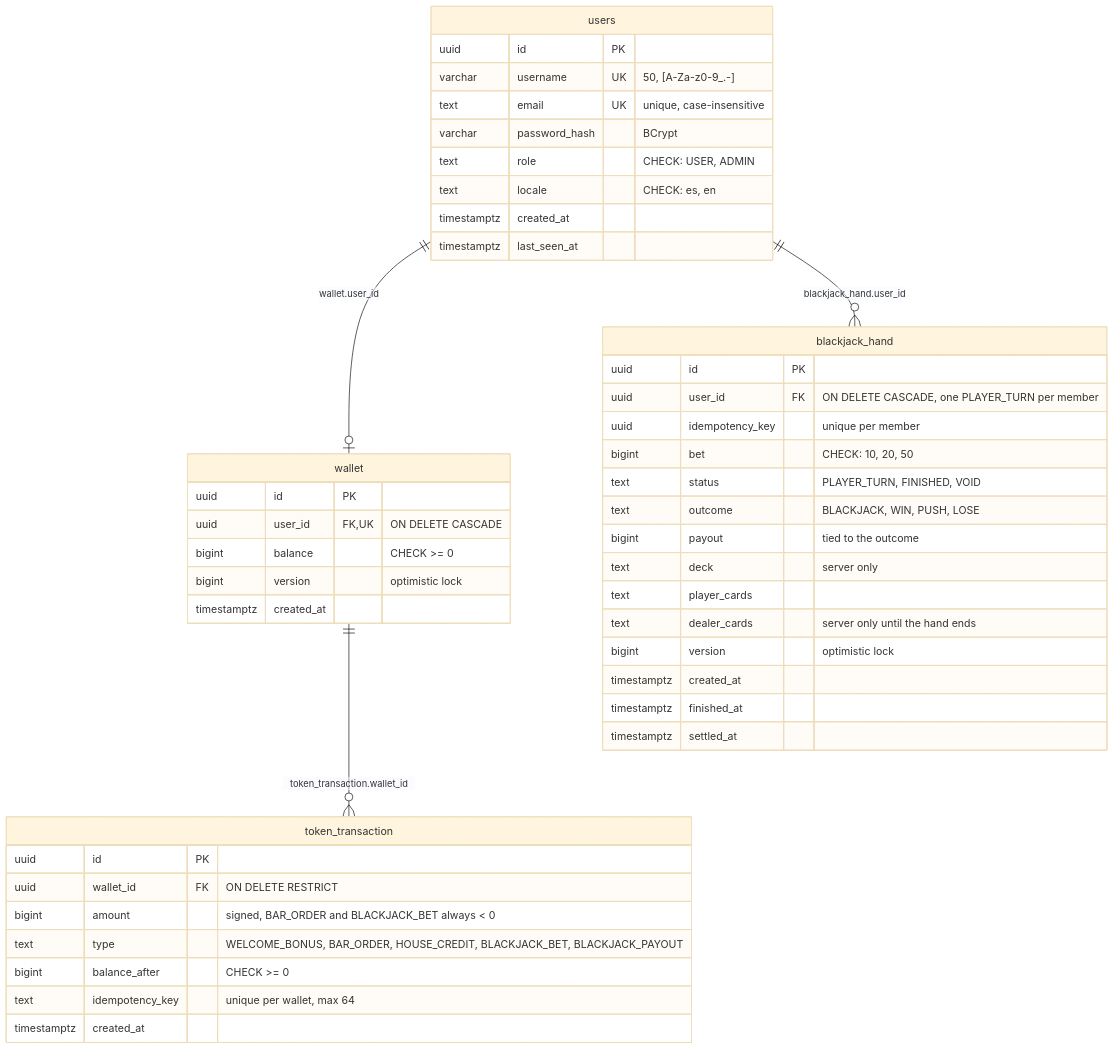
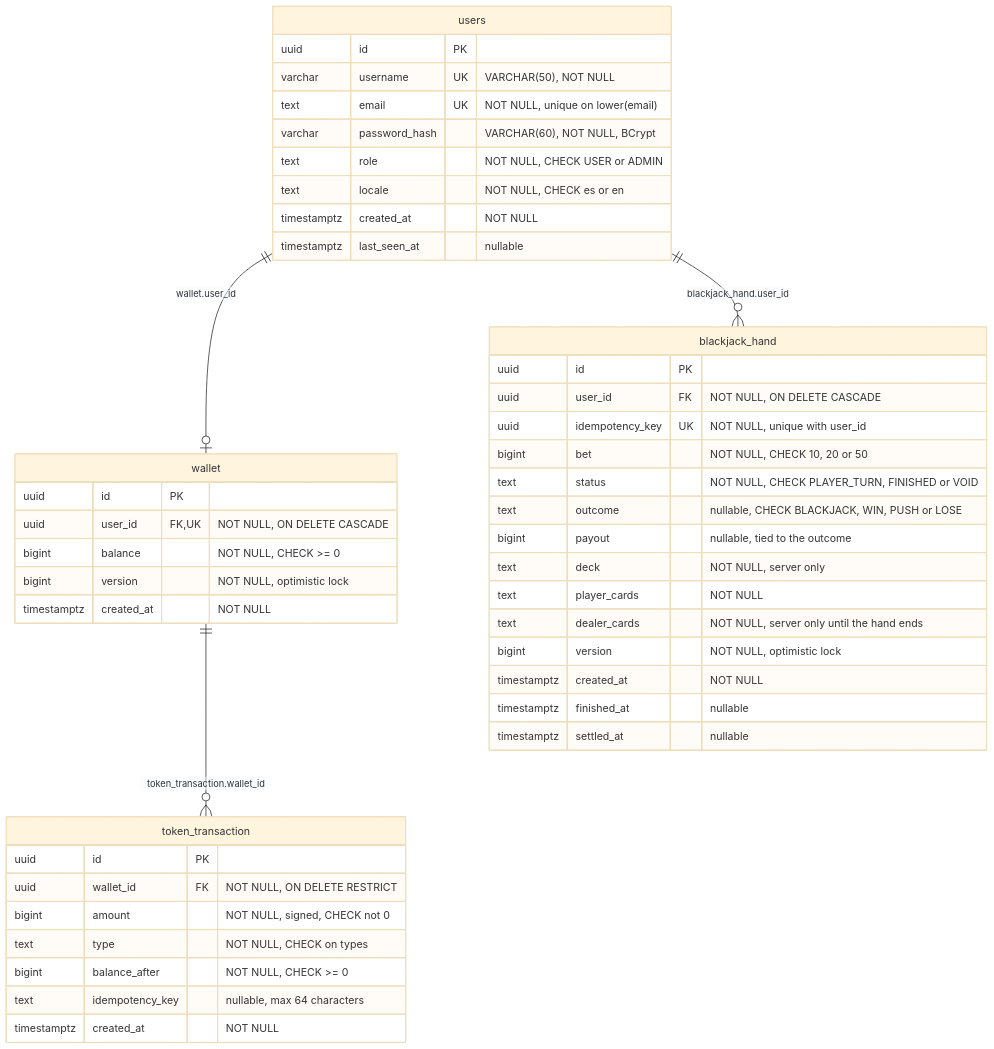
Before and after one commit to iulian640/iulianlounge-backend: the diagram in README.en.md, drawn with Mermaid (base theme). The commit also changed other lines of this file and 1 other file, not shown here.

Commit message:
docs(readme): fix the busy port setup, the test counts and what each request sends IUL-32
The port override now exports the variables, the test classes are 56
(35 unit), the refresh row no longer claims rotation, the API rows say
which header and body to send, two setup traps are noted and the English
ER diagram matches the Spanish one.

````diff
--- a/README.en.md
+++ b/README.en.md
@@ -198,52 +209,52 @@
 ```mermaid
 erDiagram
     users ||--o| wallet : "wallet.user_id"
     wallet ||--o{ token_transaction : "token_transaction.wallet_id"
     users ||--o{ blackjack_hand : "blackjack_hand.user_id"
 
     users {
         uuid id PK
-        varchar username UK "50, [A-Za-z0-9_.-]"
-        text email UK "unique, case-insensitive"
-        varchar password_hash "BCrypt"
-        text role "CHECK: USER, ADMIN"
-        text locale "CHECK: es, en"
-        timestamptz created_at
-        timestamptz last_seen_at
+        varchar username UK "VARCHAR(50), NOT NULL"
+        text email UK "NOT NULL, unique on lower(email)"
+        varchar password_hash "VARCHAR(60), NOT NULL, BCrypt"
+        text role "NOT NULL, CHECK USER or ADMIN"
+        text locale "NOT NULL, CHECK es or en"
+        timestamptz created_at "NOT NULL"
+        timestamptz last_seen_at "nullable"
     }
 
     wallet {
         uuid id PK
-        uuid user_id FK,UK "ON DELETE CASCADE"
-        bigint balance "CHECK >= 0"
-        bigint version "optimistic lock"
-        timestamptz created_at
+        uuid user_id FK,UK "NOT NULL, ON DELETE CASCADE"
+        bigint balance "NOT NULL, CHECK >= 0"
+        bigint version "NOT NULL, optimistic lock"
+        timestamptz created_at "NOT NULL"
     }
 
     token_transaction {
         uuid id PK
-        uuid wallet_id FK "ON DELETE RESTRICT"
-        bigint amount "signed, BAR_ORDER and BLACKJACK_BET always < 0"
-        text type "WELCOME_BONUS, BAR_ORDER, HOUSE_CREDIT, BLACKJACK_BET, BLACKJACK_PAYOUT"
-        bigint balance_after "CHECK >= 0"
-        text idempotency_key "unique per wallet, max 64"
-        timestamptz created_at
+        uuid wallet_id FK "NOT NULL, ON DELETE RESTRICT"
+        bigint amount "NOT NULL, signed, CHECK not 0"
+        text type "NOT NULL, CHECK on types"
+        bigint balance_after "NOT NULL, CHECK >= 0"
+        text idempotency_key "nullable, max 64 characters"
+        timestamptz created_at "NOT NULL"
     }
 
     blackjack_hand {
         uuid id PK
-        uuid user_id FK "ON DELETE CASCADE, one PLAYER_TURN per member"
-        uuid idempotency_key "unique per member"
-        bigint bet "CHECK: 10, 20, 50"
-        text status "PLAYER_TURN, FINISHED, VOID"
-        text outcome "BLACKJACK, WIN, PUSH, LOSE"
-        bigint payout "tied to the outcome"
-        text deck "server only"
-        text player_cards
-        text dealer_cards "server only until the hand ends"
-        bigint version "optimistic lock"
-        timestamptz created_at
-        timestamptz finished_at
-        timestamptz settled_at
+        uuid user_id FK "NOT NULL, ON DELETE CASCADE"
+        uuid idempotency_key UK "NOT NULL, unique with user_id"
+        bigint bet "NOT NULL, CHECK 10, 20 or 50"
+        text status "NOT NULL, CHECK PLAYER_TURN, FINISHED or VOID"
+        text outcome "nullable, CHECK BLACKJACK, WIN, PUSH or LOSE"
+        bigint payout "nullable, tied to the outcome"
+        text deck "NOT NULL, server only"
+        text player_cards "NOT NULL"
+        text dealer_cards "NOT NULL, server only until the hand ends"
+        bigint version "NOT NULL, optimistic lock"
+        timestamptz created_at "NOT NULL"
+        timestamptz finished_at "nullable"
+        timestamptz settled_at "nullable"
     }
 ```
````
